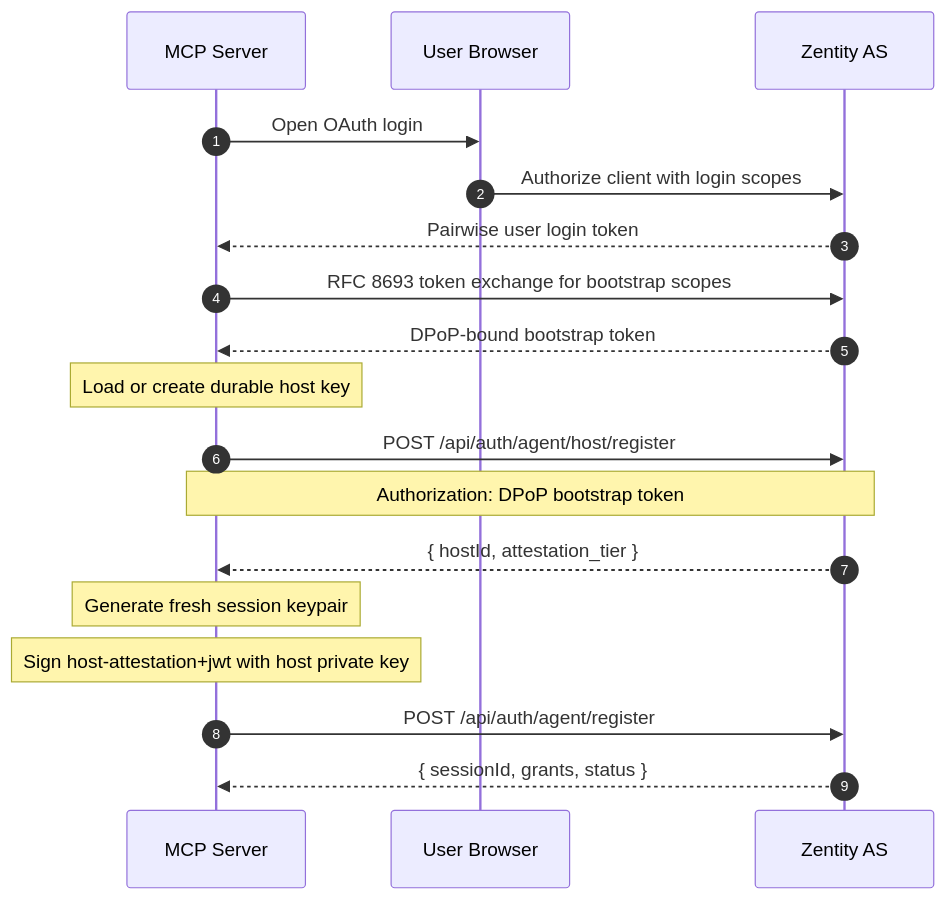
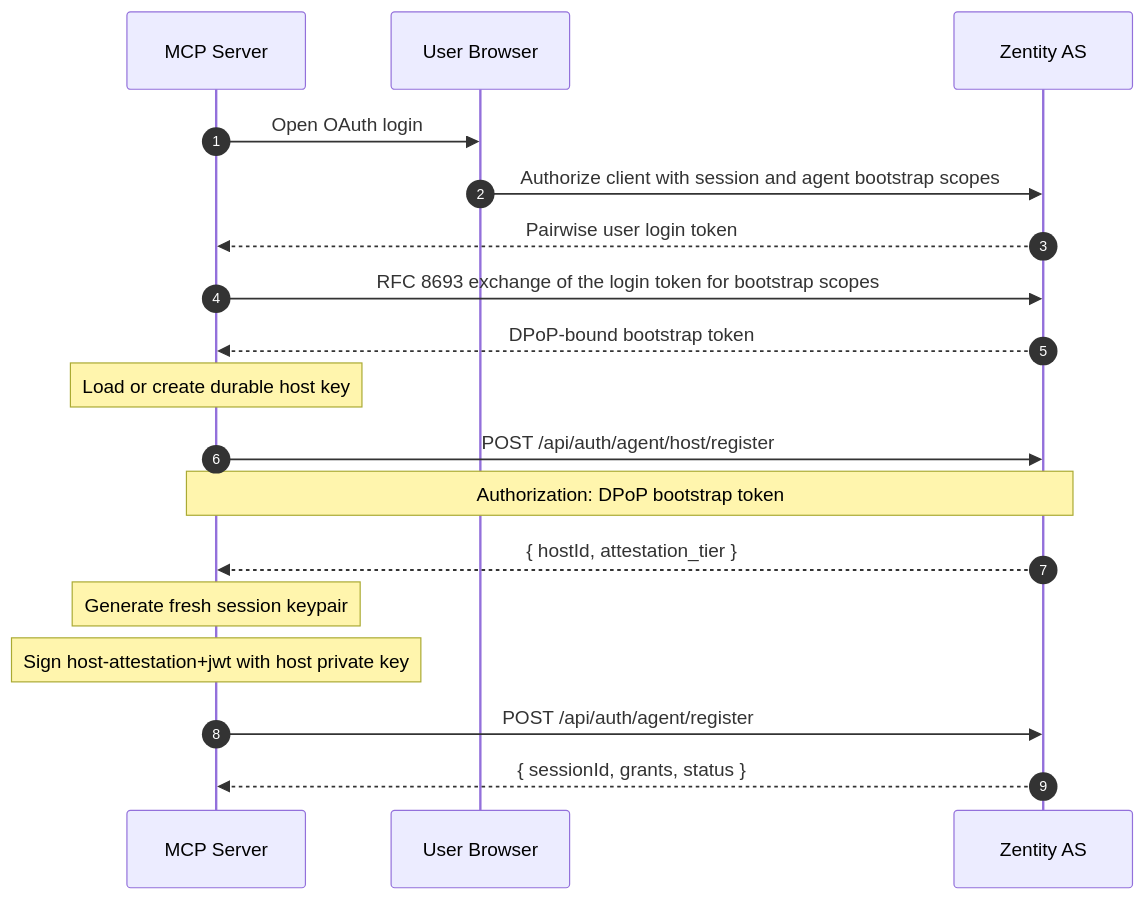
One commit to gustavovalverde/zentity changed the second of 6 diagrams in docs/(architecture)/agent-architecture.md. Above: the diagram before and after it, drawn with Mermaid. The commit also changed other lines of this file and 3 other files, not shown here.

First line of the commit message:
docs: describe attenuation-only token exchange and agent bootstrap consent

````diff
--- a/docs/(architecture)/agent-architecture.md
+++ b/docs/(architecture)/agent-architecture.md
@@ -103,24 +103,24 @@
 ```mermaid
 sequenceDiagram
   autonumber
   participant MCP as MCP Server
   participant Browser as User Browser
   participant AS as Zentity AS
 
   MCP->>Browser: Open OAuth login
-  Browser->>AS: Authorize client with login scopes
+  Browser->>AS: Authorize client with session and agent bootstrap scopes
   AS-->>MCP: Pairwise user login token
 
-  MCP->>AS: RFC 8693 token exchange for bootstrap scopes
+  MCP->>AS: RFC 8693 exchange of the login token for bootstrap scopes
   AS-->>MCP: DPoP-bound bootstrap token
 
   Note over MCP: Load or create durable host key
   MCP->>AS: POST /api/auth/agent/host/register
   Note over MCP,AS: Authorization: DPoP bootstrap token
   AS-->>MCP: { hostId, attestation_tier }
 
   Note over MCP: Generate fresh session keypair
   Note over MCP: Sign host-attestation+jwt with host private key
   MCP->>AS: POST /api/auth/agent/register
   AS-->>MCP: { sessionId, grants, status }
 ```
````
